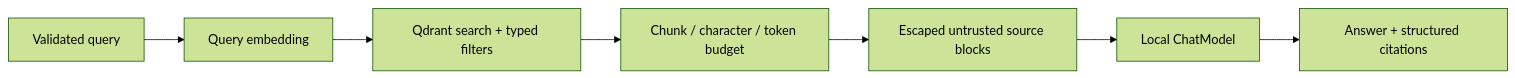
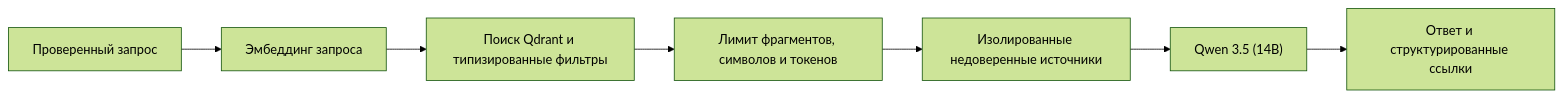
Before and after one commit to fazzilka/AI_Engineer_template: the third of 3 diagrams in docs/architecture.md, drawn with Mermaid (forest theme). The commit also changed other lines of this file and 3 other files, not shown here.

````diff
--- a/docs/architecture.md
+++ b/docs/architecture.md
@@ -49,9 +62,9 @@
 ```mermaid
 flowchart LR
-    QUERY["Validated query"] --> QEMB["Query embedding"]
-    QEMB --> SEARCH["Qdrant search + typed filters"]
-    SEARCH --> BUDGET["Chunk / character / token budget"]
-    BUDGET --> CONTEXT["Escaped untrusted source blocks"]
-    CONTEXT --> MODEL["Local ChatModel"]
-    MODEL --> RESULT["Answer + structured citations"]
+    QUERY["Проверенный запрос"] --> QEMB["Эмбеддинг запроса"]
+    QEMB --> SEARCH["Поиск Qdrant и типизированные фильтры"]
+    SEARCH --> BUDGET["Лимит фрагментов, символов и токенов"]
+    BUDGET --> CONTEXT["Изолированные недоверенные источники"]
+    CONTEXT --> MODEL["Qwen 3.5 (14B)"]
+    MODEL --> RESULT["Ответ и структурированные ссылки"]
 ```
````
